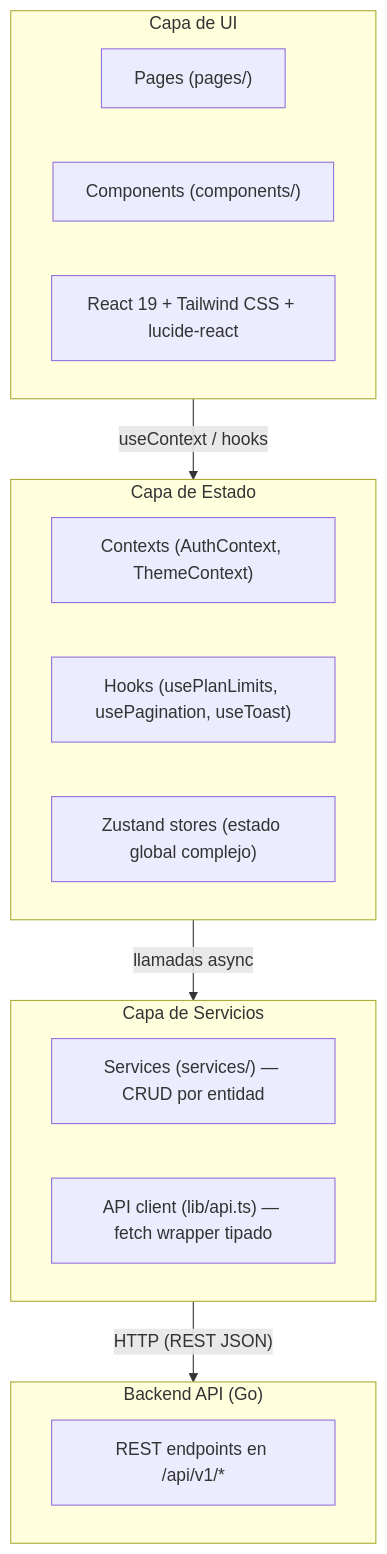
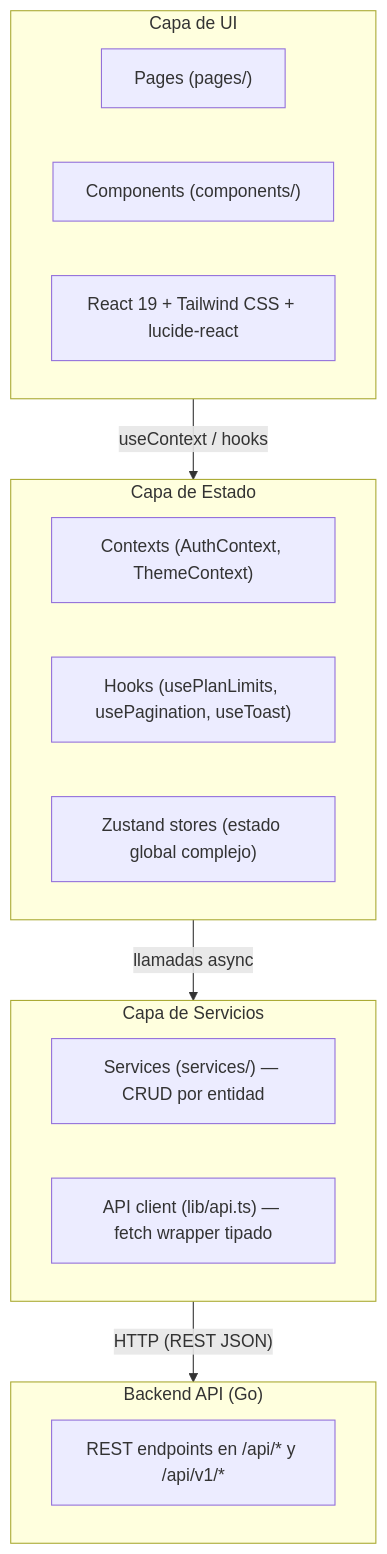
Before and after one commit to tiagofur/solennix: the first of 3 diagrams in docs/PRD/08_TECHNICAL_ARCHITECTURE_WEB.md, drawn with Mermaid. The commit also changed other lines of this file and 135 other files, not shown here.

````diff
--- a/docs/PRD/08_TECHNICAL_ARCHITECTURE_WEB.md
+++ b/docs/PRD/08_TECHNICAL_ARCHITECTURE_WEB.md
@@ -85,27 +88,27 @@
 ```mermaid
 graph TD
     subgraph UI["Capa de UI"]
         Pages["Pages (pages/)"]
         Components["Components (components/)"]
         Stack1["React 19 + Tailwind CSS + lucide-react"]
     end
 
     subgraph State["Capa de Estado"]
         Contexts["Contexts (AuthContext, ThemeContext)"]
         Hooks["Hooks (usePlanLimits, usePagination, useToast)"]
         Stores["Zustand stores (estado global complejo)"]
     end
 
     subgraph Services["Capa de Servicios"]
         ServiceLayer["Services (services/) — CRUD por entidad"]
         ApiClient["API client (lib/api.ts) — fetch wrapper tipado"]
     end
 
     subgraph Backend["Backend API (Go)"]
-        REST["REST endpoints en /api/v1/*"]
+        REST["REST endpoints en /api/* y /api/v1/*"]
     end
 
     UI -->|"useContext / hooks"| State
     State -->|"llamadas async"| Services
     Services -->|"HTTP (REST JSON)"| Backend
 ```
````
